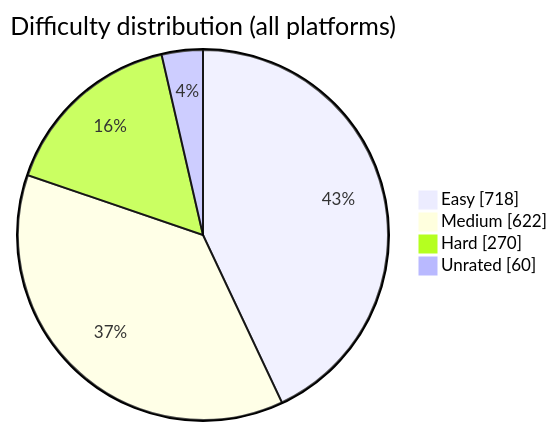
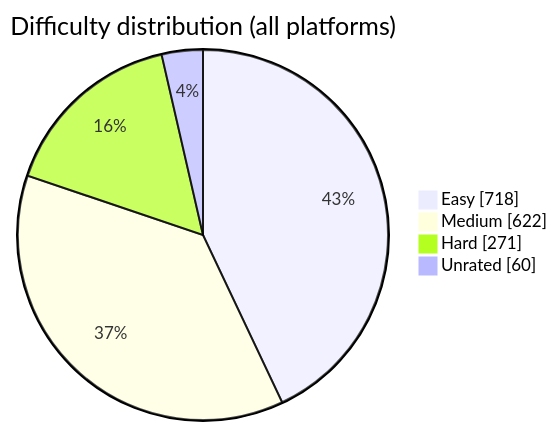
Before and after one commit to BuildbyArindam/Daily-Coding-Log: the diagram in README.md, drawn with Mermaid. The commit also changed other lines of this file, not shown here.

````diff
--- a/README.md
+++ b/README.md
@@ -93,7 +93,7 @@
 ```mermaid
 pie showData title Difficulty distribution (all platforms)
     "Easy" : 718
     "Medium" : 622
-    "Hard" : 270
+    "Hard" : 271
     "Unrated" : 60
 ```
````
